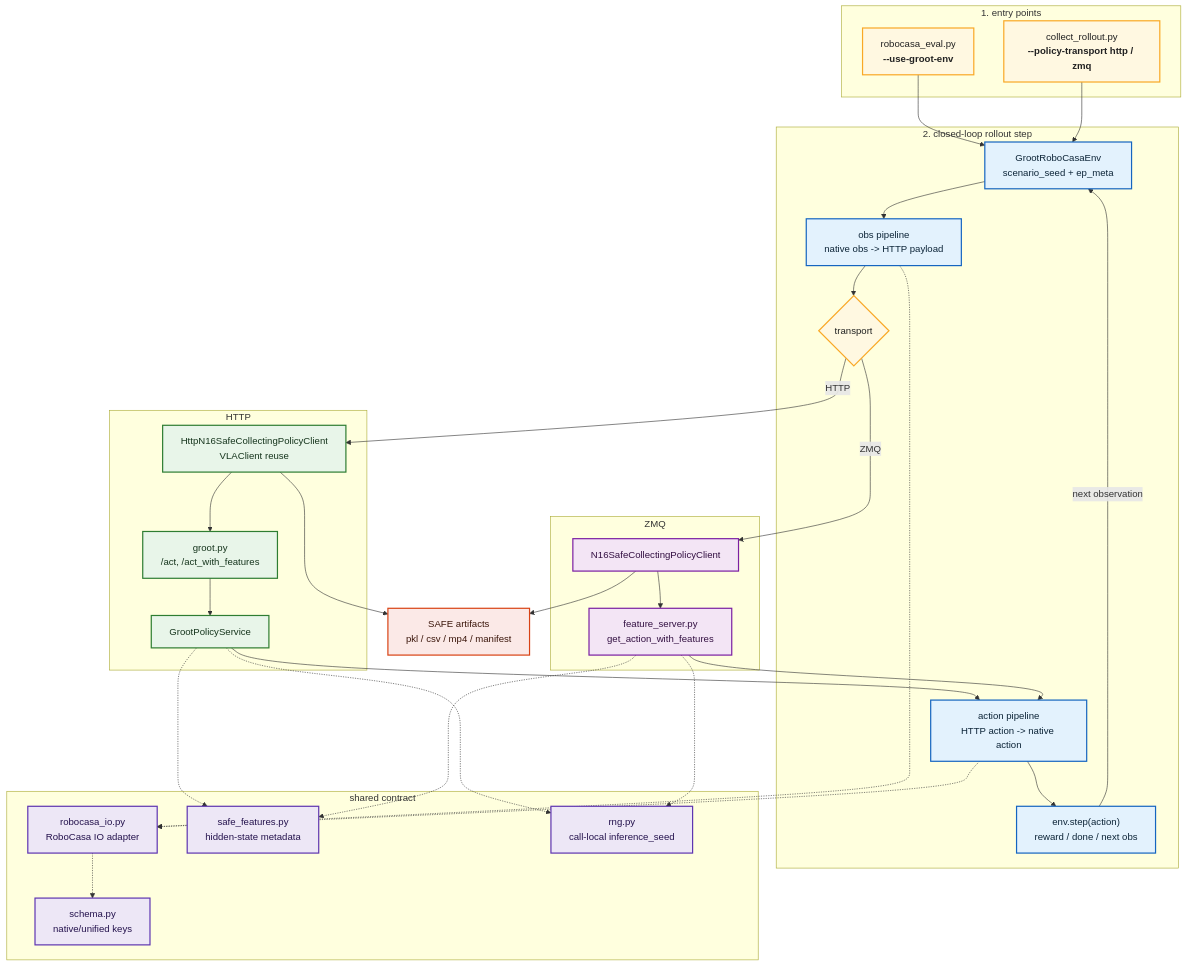
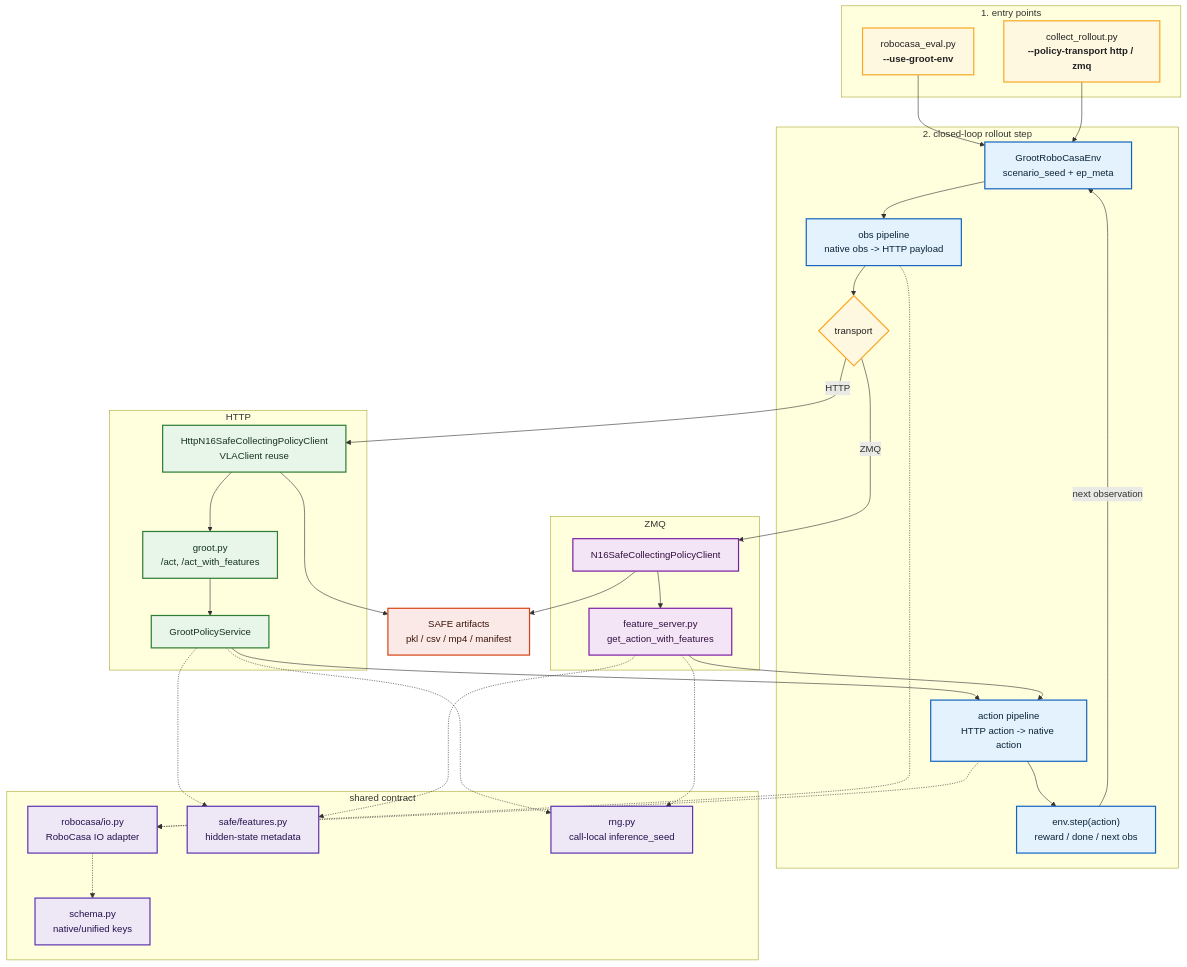
Before and after one commit to hanyangtae/temporal_vla: the diagram in docs/groot/n16_12_robocasa_refactor_report.md, drawn with Mermaid. The commit also changed other lines of this file and 14 other files, not shown here.

````diff
--- a/docs/groot/n16_12_robocasa_refactor_report.md
+++ b/docs/groot/n16_12_robocasa_refactor_report.md
@@ -26,64 +26,64 @@
 ```mermaid
 flowchart TD
     classDef entry fill:#fff8e1,stroke:#f9a825,stroke-width:2px,color:#212121;
     classDef local fill:#e3f2fd,stroke:#1565c0,stroke-width:2px,color:#0d2538;
     classDef http fill:#e8f5e9,stroke:#2e7d32,stroke-width:2px,color:#16351d;
     classDef zmq fill:#f3e5f5,stroke:#7b1fa2,stroke-width:2px,color:#331042;
     classDef shared fill:#ede7f6,stroke:#5e35b1,stroke-width:2px,color:#24124d;
     classDef output fill:#fbe9e7,stroke:#d84315,stroke-width:2px,color:#3b160b;
 
     subgraph Entry["1. entry points"]
         Eval["robocasa_eval.py<br/><b>--use-groot-env</b>"]:::entry
         Collect["collect_rollout.py<br/><b>--policy-transport http / zmq</b>"]:::entry
     end
 
     subgraph Loop["2. closed-loop rollout step"]
         Env["GrootRoboCasaEnv<br/>scenario_seed + ep_meta"]:::local
         Obs["obs pipeline<br/>native obs -> HTTP payload"]:::local
         Choice{"transport"}:::entry
         Act["action pipeline<br/>HTTP action -> native action"]:::local
         Step["env.step(action)<br/>reward / done / next obs"]:::local
     end
 
     subgraph HTTP["HTTP"]
         HttpClient["HttpN16SafeCollectingPolicyClient<br/>VLAClient reuse"]:::http
         HttpServer["groot.py<br/>/act, /act_with_features"]:::http
         Service["GrootPolicyService"]:::http
         HttpClient --> HttpServer --> Service
     end
 
     subgraph ZMQ["ZMQ"]
         ZmqClient["N16SafeCollectingPolicyClient"]:::zmq
         ZmqServer["feature_server.py<br/>get_action_with_features"]:::zmq
         ZmqClient --> ZmqServer
     end
 
     subgraph Contract["shared contract"]
         Schema["schema.py<br/>native/unified keys"]:::shared
-        IO["robocasa_io.py<br/>RoboCasa IO adapter"]:::shared
-        Features["safe_features.py<br/>hidden-state metadata"]:::shared
+        IO["robocasa/io.py<br/>RoboCasa IO adapter"]:::shared
+        Features["safe/features.py<br/>hidden-state metadata"]:::shared
         RNG["rng.py<br/>call-local inference_seed"]:::shared
     end
 
     Artifacts["SAFE artifacts<br/>pkl / csv / mp4 / manifest"]:::output
 
     Eval --> Env
     Collect --> Env
     Env --> Obs --> Choice
     Choice -->|HTTP| HttpClient
     Choice -->|ZMQ| ZmqClient
     Service --> Act
     ZmqServer --> Act
     Act --> Step
     Step -->|next observation| Env
     HttpClient --> Artifacts
     ZmqClient --> Artifacts
 
     Obs -.-> IO
     Act -.-> IO
     IO -.-> Schema
     Service -.-> Features
     ZmqServer -.-> Features
     Service -.-> RNG
     ZmqServer -.-> RNG
 ```
````
